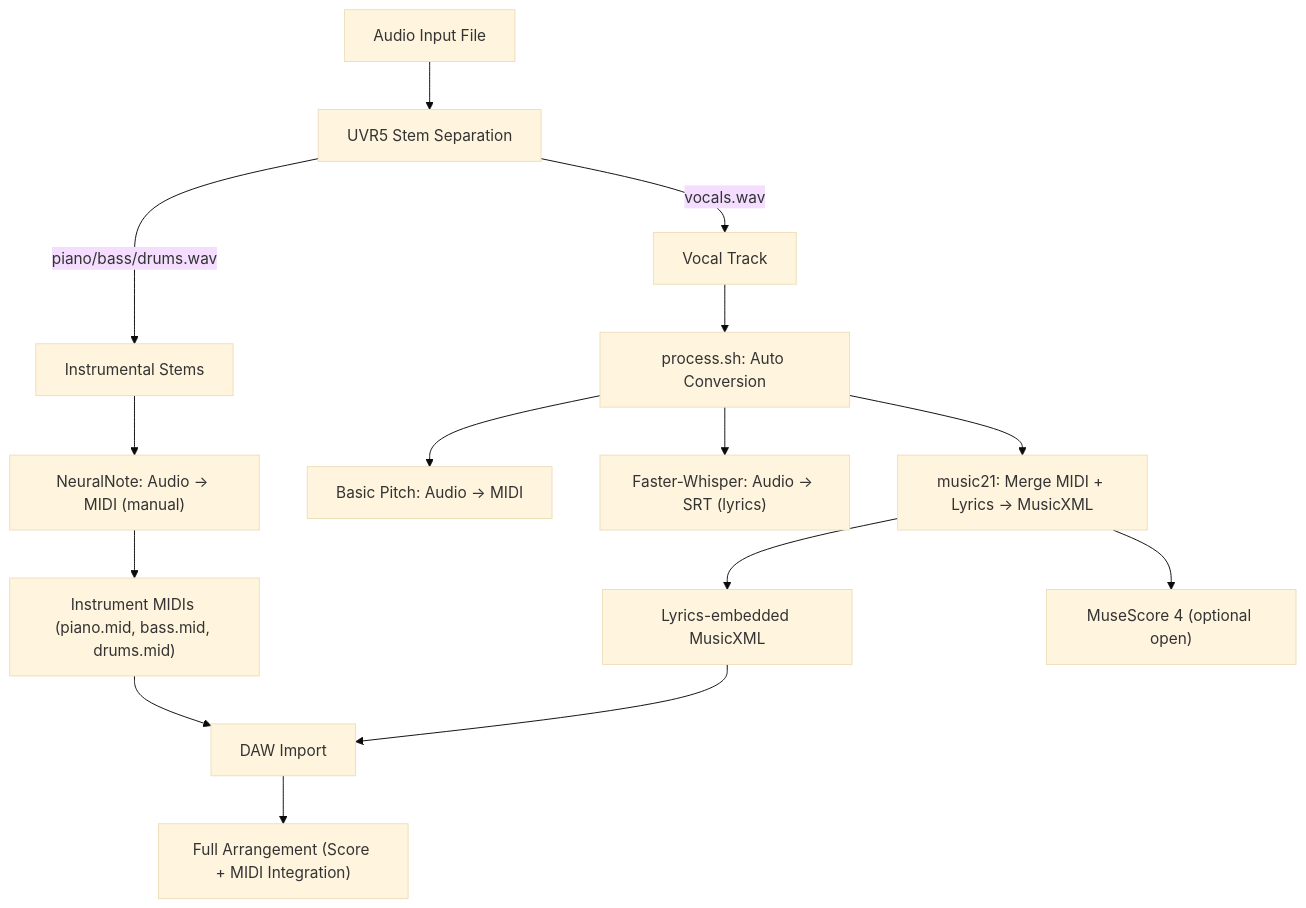
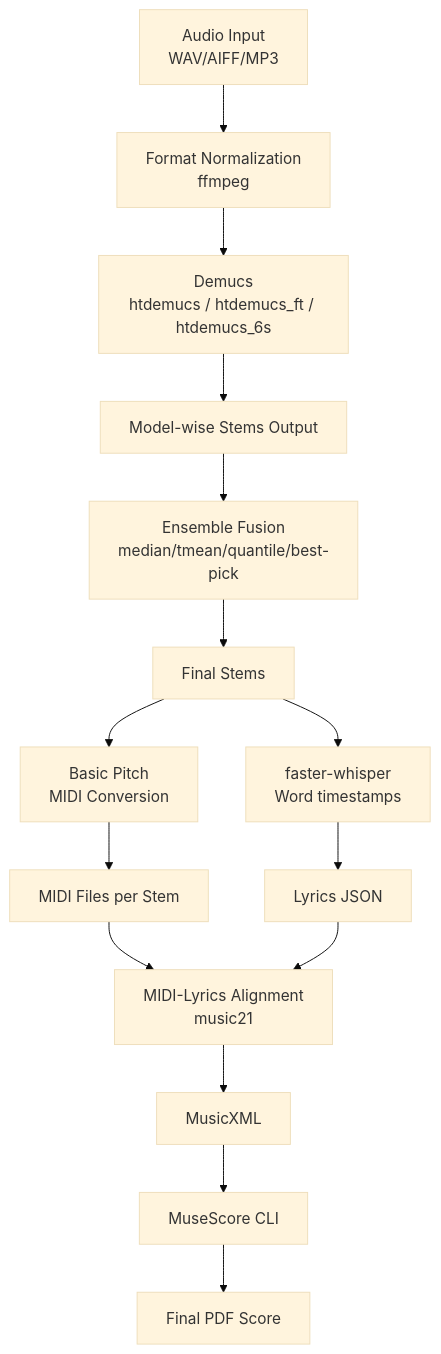
One commit to ac1965/dotfiles changed the diagram in .docs/music2score/README.org. Above: the diagram before and after it, drawn with Mermaid (base theme). The commit also changed other lines of this file and 3 other files, not shown here.

```diff
--- a/.docs/music2score/README.org
+++ b/.docs/music2score/README.org
@@ -80,20 +29,25 @@
 #+begin_src mermaid
 flowchart TD
-    A["Audio Input File"] --> B["UVR5 Stem Separation"]
-    B -->|vocals.wav| C1["Vocal Track"]
-    B -->|piano/bass/drums.wav| C2["Instrumental Stems"]
 
-    C2 --> D["NeuralNote: Audio -> MIDI (manual)"]
-    D --> E["Instrument MIDIs (piano.mid, bass.mid, drums.mid)"]
+A[Audio Input<br>WAV/AIFF/MP3] --> B[Format Normalization<br>ffmpeg]
 
-    C1 --> F["process.sh: Auto Conversion"]
-    F --> F1["Basic Pitch: Audio -> MIDI"]
-    F --> F2["Faster-Whisper: Audio -> SRT (lyrics)"]
-    F --> F3["music21: Merge MIDI + Lyrics -> MusicXML"]
-    F3 --> G["Lyrics-embedded MusicXML"]
-    F3 --> H["MuseScore 4 (optional open)"]
+B --> C[Demucs<br>htdemucs / htdemucs_ft / htdemucs_6s]
+C --> D[Model-wise Stems Output]
 
-    E --> I["DAW Import"]
-    G --> I
-    I --> J["Full Arrangement (Score + MIDI Integration)"]
+D --> E[Ensemble Fusion<br>median/tmean/quantile/best-pick]
+E --> F[Final Stems]
+
+F --> G[Basic Pitch<br>MIDI Conversion]
+G --> H[MIDI Files per Stem]
+
+F --> I[faster-whisper<br>Word timestamps]
+I --> J[Lyrics JSON]
+
+H --> K[MIDI-Lyrics Alignment<br>music21]
+J --> K
+
+K --> L[MusicXML]
+
+L --> M[MuseScore CLI]
+M --> N[Final PDF Score]
 #+end_src
```
